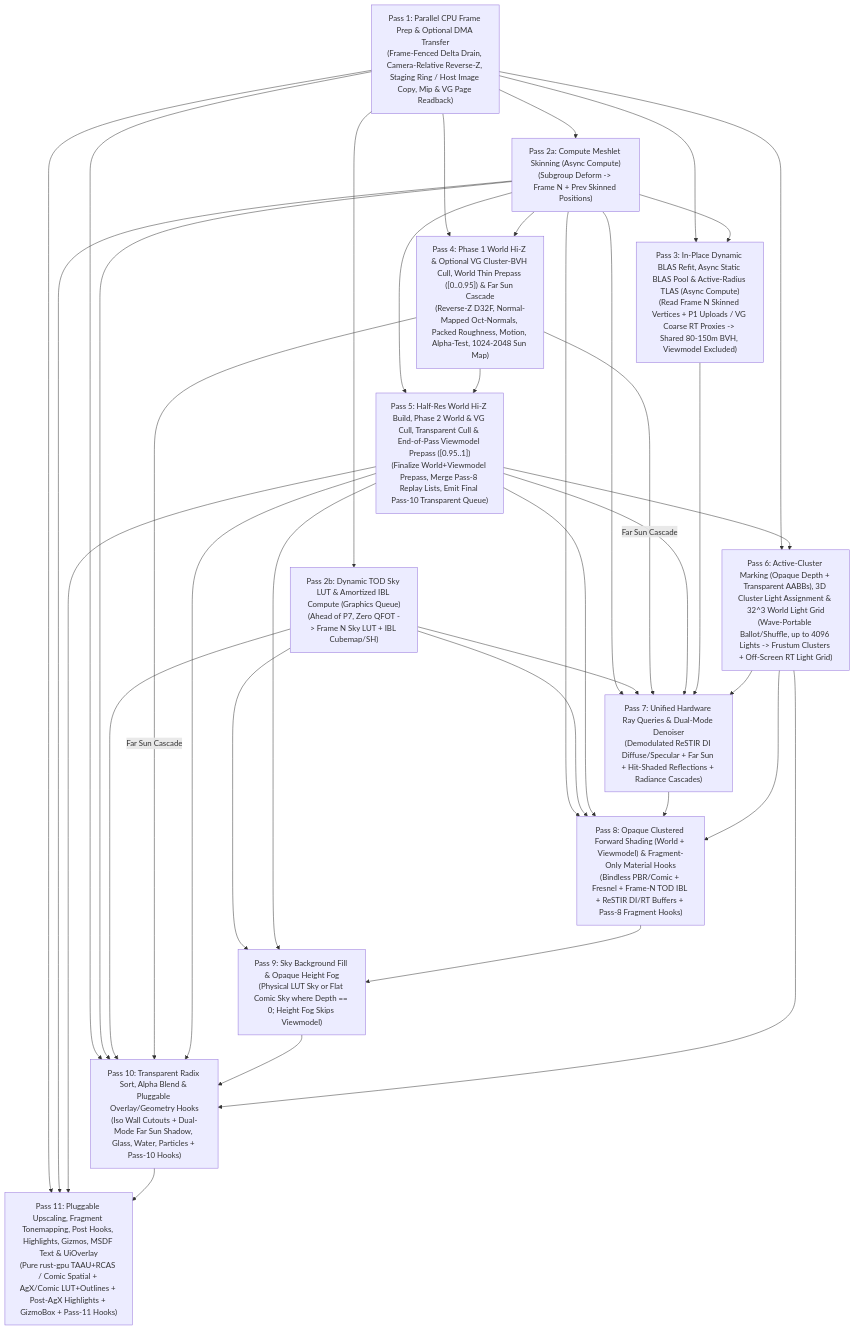
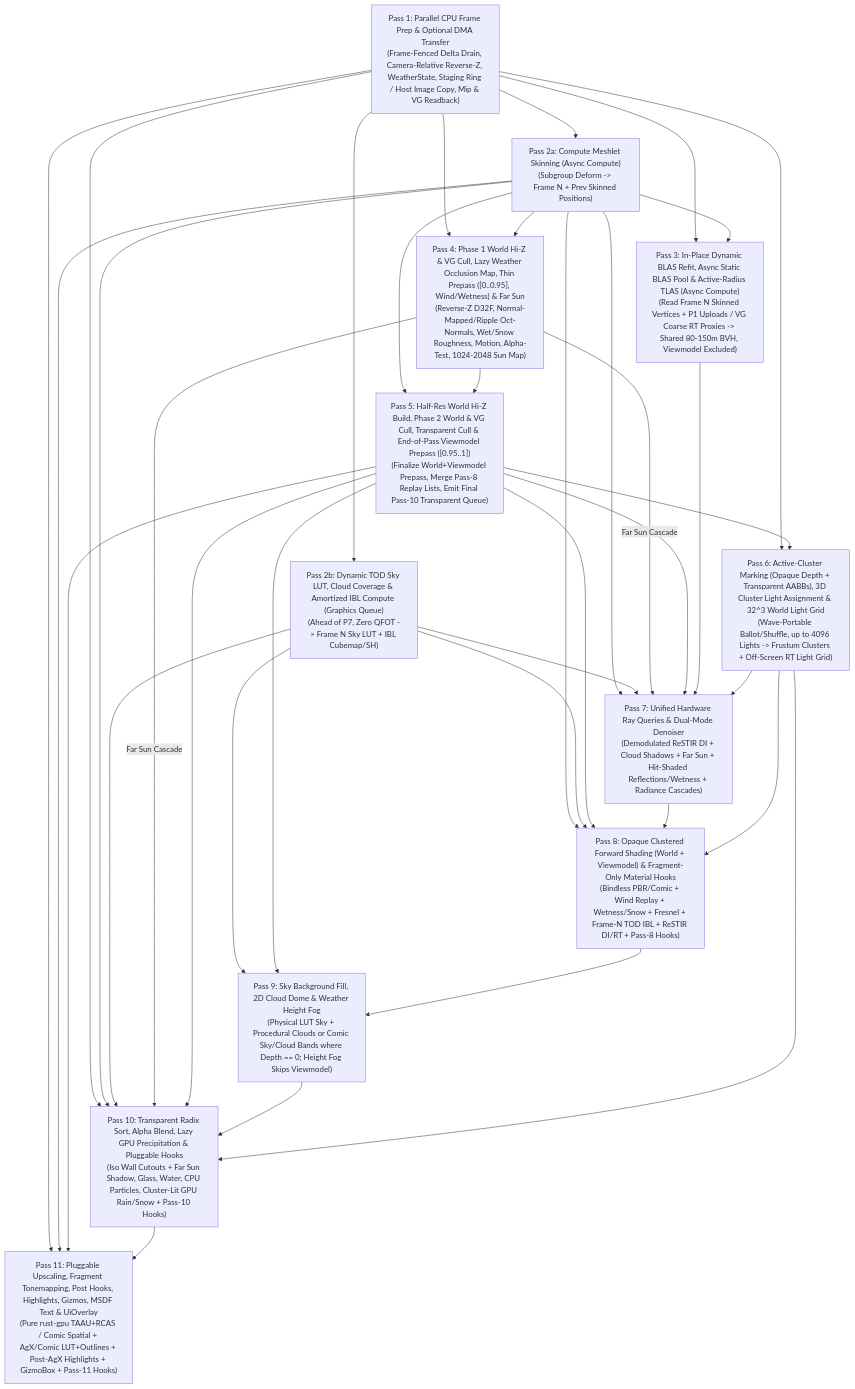
One commit to dragon-engine/dragon-engine changed the diagram in docs/graphics-architecture.md. Above: the diagram before and after it, drawn with Mermaid. The commit also changed other lines of this file and 3 other files, not shown here.

First line of the commit message:
Add integrated compute weather to graphics docs

````diff
--- a/docs/graphics-architecture.md
+++ b/docs/graphics-architecture.md
@@ -45,51 +45,51 @@
 ```mermaid
 flowchart TD
-    P1["Pass 1: Parallel CPU Frame Prep & Optional DMA Transfer\n(Frame-Fenced Delta Drain, Camera-Relative Reverse-Z, Staging Ring / Host Image Copy, Mip & VG Page Readback)"]
+    P1["Pass 1: Parallel CPU Frame Prep & Optional DMA Transfer\n(Frame-Fenced Delta Drain, Camera-Relative Reverse-Z, WeatherState, Staging Ring / Host Image Copy, Mip & VG Readback)"]
     P2A["Pass 2a: Compute Meshlet Skinning (Async Compute)\n(Subgroup Deform -> Frame N + Prev Skinned Positions)"]
-    P2B["Pass 2b: Dynamic TOD Sky LUT & Amortized IBL Compute (Graphics Queue)\n(Ahead of P7, Zero QFOT -> Frame N Sky LUT + IBL Cubemap/SH)"]
+    P2B["Pass 2b: Dynamic TOD Sky LUT, Cloud Coverage & Amortized IBL Compute (Graphics Queue)\n(Ahead of P7, Zero QFOT -> Frame N Sky LUT + IBL Cubemap/SH)"]
     P3["Pass 3: In-Place Dynamic BLAS Refit, Async Static BLAS Pool & Active-Radius TLAS (Async Compute)\n(Read Frame N Skinned Vertices + P1 Uploads / VG Coarse RT Proxies -> Shared 80-150m BVH, Viewmodel Excluded)"]
-    P4["Pass 4: Phase 1 World Hi-Z & Optional VG Cluster-BVH Cull, World Thin Prepass ([0..0.95]) & Far Sun Cascade\n(Reverse-Z D32F, Normal-Mapped Oct-Normals, Packed Roughness, Motion, Alpha-Test, 1024-2048 Sun Map)"]
+    P4["Pass 4: Phase 1 World Hi-Z & VG Cull, Lazy Weather Occlusion Map, Thin Prepass ([0..0.95], Wind/Wetness) & Far Sun\n(Reverse-Z D32F, Normal-Mapped/Ripple Oct-Normals, Wet/Snow Roughness, Motion, Alpha-Test, 1024-2048 Sun Map)"]
     P5["Pass 5: Half-Res World Hi-Z Build, Phase 2 World & VG Cull, Transparent Cull & End-of-Pass Viewmodel Prepass ([0.95..1])\n(Finalize World+Viewmodel Prepass, Merge Pass-8 Replay Lists, Emit Final Pass-10 Transparent Queue)"]
     P6["Pass 6: Active-Cluster Marking (Opaque Depth + Transparent AABBs), 3D Cluster Light Assignment & 32^3 World Light Grid\n(Wave-Portable Ballot/Shuffle, up to 4096 Lights -> Frustum Clusters + Off-Screen RT Light Grid)"]
-    P7["Pass 7: Unified Hardware Ray Queries & Dual-Mode Denoiser\n(Demodulated ReSTIR DI Diffuse/Specular + Far Sun + Hit-Shaded Reflections + Radiance Cascades)"]
-    P8["Pass 8: Opaque Clustered Forward Shading (World + Viewmodel) & Fragment-Only Material Hooks\n(Bindless PBR/Comic + Fresnel + Frame-N TOD IBL + ReSTIR DI/RT Buffers + Pass-8 Fragment Hooks)"]
-    P9["Pass 9: Sky Background Fill & Opaque Height Fog\n(Physical LUT Sky or Flat Comic Sky where Depth == 0; Height Fog Skips Viewmodel)"]
-    P10["Pass 10: Transparent Radix Sort, Alpha Blend & Pluggable Overlay/Geometry Hooks\n(Iso Wall Cutouts + Dual-Mode Far Sun Shadow, Glass, Water, Particles + Pass-10 Hooks)"]
+    P7["Pass 7: Unified Hardware Ray Queries & Dual-Mode Denoiser\n(Demodulated ReSTIR DI + Cloud Shadows + Far Sun + Hit-Shaded Reflections/Wetness + Radiance Cascades)"]
+    P8["Pass 8: Opaque Clustered Forward Shading (World + Viewmodel) & Fragment-Only Material Hooks\n(Bindless PBR/Comic + Wind Replay + Wetness/Snow + Fresnel + Frame-N TOD IBL + ReSTIR DI/RT + Pass-8 Hooks)"]
+    P9["Pass 9: Sky Background Fill, 2D Cloud Dome & Weather Height Fog\n(Physical LUT Sky + Procedural Clouds or Comic Sky/Cloud Bands where Depth == 0; Height Fog Skips Viewmodel)"]
+    P10["Pass 10: Transparent Radix Sort, Alpha Blend, Lazy GPU Precipitation & Pluggable Hooks\n(Iso Wall Cutouts + Far Sun Shadow, Glass, Water, CPU Particles, Cluster-Lit GPU Rain/Snow + Pass-10 Hooks)"]
     P11["Pass 11: Pluggable Upscaling, Fragment Tonemapping, Post Hooks, Highlights, Gizmos, MSDF Text & UiOverlay\n(Pure rust-gpu TAAU+RCAS / Comic Spatial + AgX/Comic LUT+Outlines + Post-AgX Highlights + GizmoBox + Pass-11 Hooks)"]
 
     P1 --> P2A
     P1 --> P2B
     P1 --> P3
     P1 --> P4
     P1 --> P6
     P1 --> P10
     P1 --> P11
     P2A --> P3
     P2A --> P4
     P2A --> P5
     P2A --> P7
     P2A --> P8
     P2A --> P10
     P2A --> P11
     P2B --> P7
     P2B --> P8
     P2B --> P9
     P2B --> P10
     P4 --> P5
     P4 -->|Far Sun Cascade| P7
     P4 -->|Far Sun Cascade| P10
     P5 --> P6
     P5 --> P7
     P5 --> P8
     P5 --> P9
     P5 --> P10
     P5 --> P11
     P3 --> P7
     P6 --> P7
     P7 --> P8
     P6 --> P8
     P8 --> P9
     P9 --> P10
     P6 --> P10
     P10 --> P11
 ```
````
